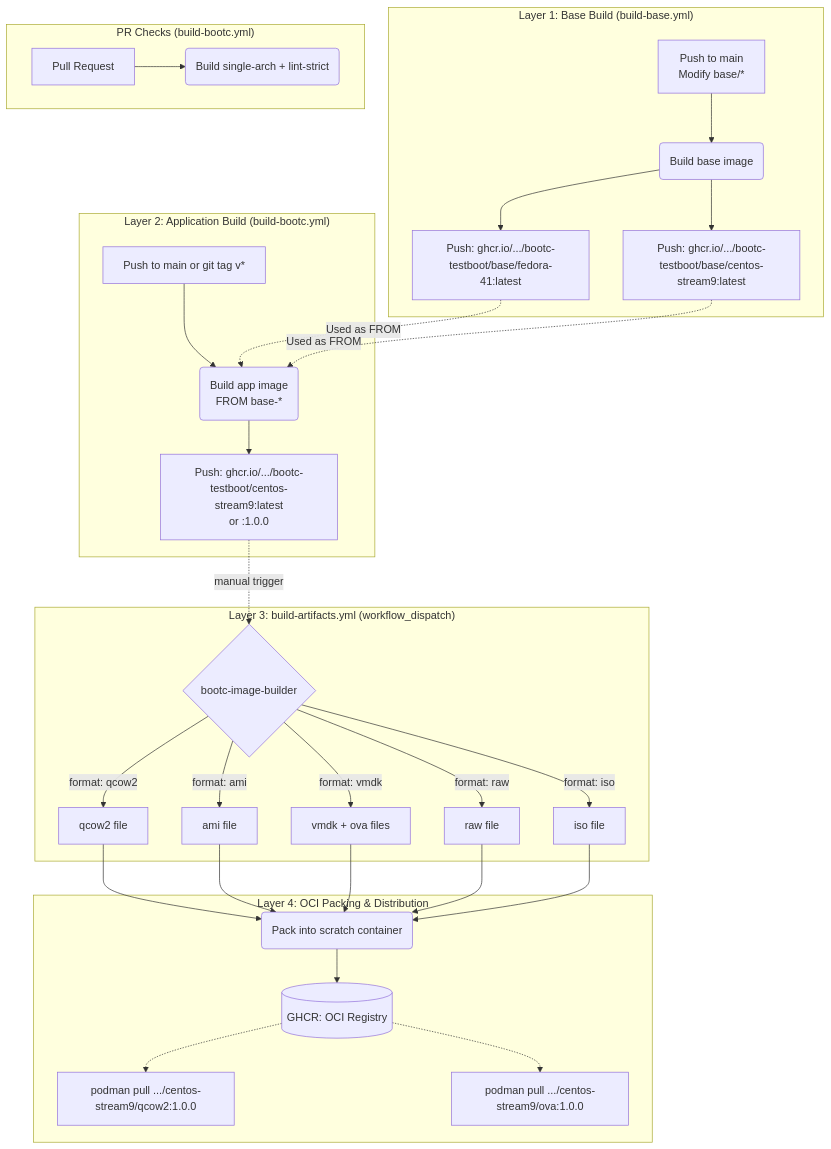
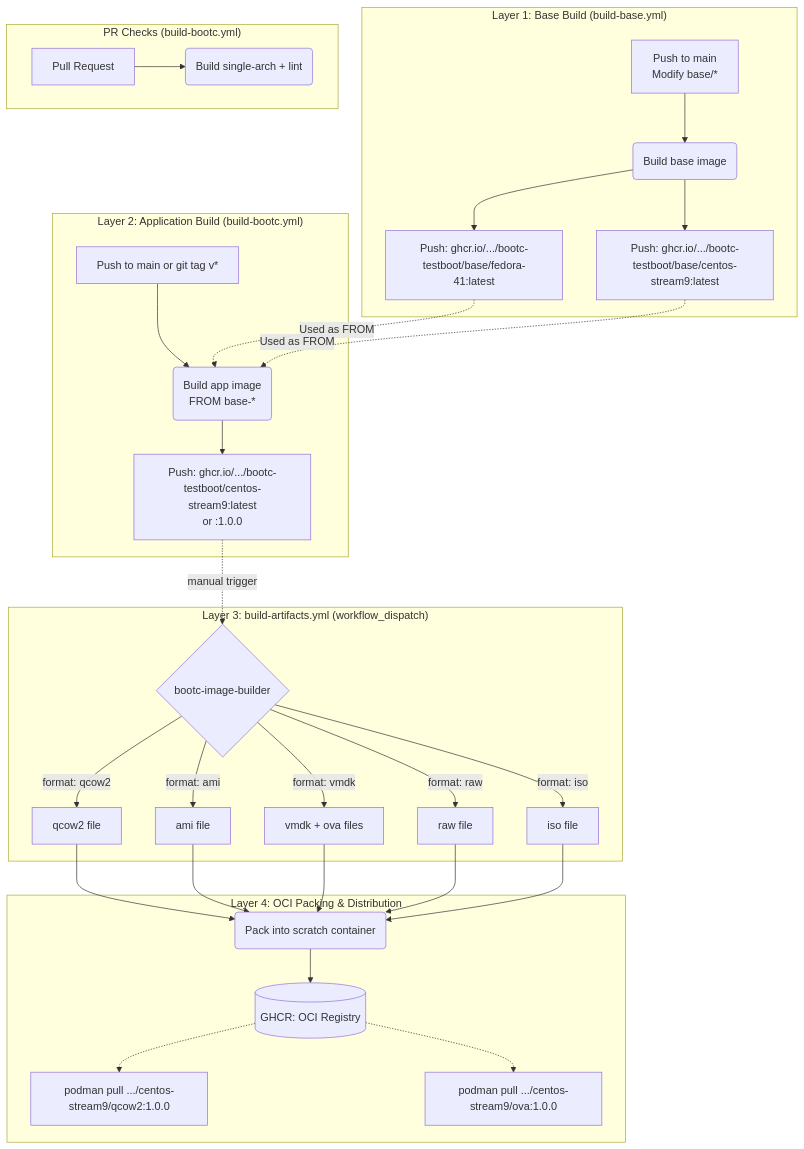
One commit to duyhenryer/bootc-testboot changed the second of 2 diagrams in README.md. Above: the diagram before and after it, drawn with Mermaid. The commit also changed other lines of this file and 17 other files, not shown here.

````diff
--- a/README.md
+++ b/README.md
@@ -110,41 +115,41 @@
 ```mermaid
 graph TD
     subgraph L1["Layer 1: Base Build (build-base.yml)"]
         A[Push to main<br>Modify base/*] --> B(Build base image)
         B --> C[Push: ghcr.io/.../bootc-testboot/base/fedora-41:latest]
         B --> D[Push: ghcr.io/.../bootc-testboot/base/centos-stream9:latest]
     end
 
     subgraph L2["Layer 2: Application Build (build-bootc.yml)"]
         E[Push to main or git tag v*] --> F(Build app image<br>FROM base-*)
         F --> G["Push: ghcr.io/.../bootc-testboot/centos-stream9:latest\nor :1.0.0"]
     end
 
     subgraph PR["PR Checks (build-bootc.yml)"]
-        PR1[Pull Request] --> PR2(Build single-arch + lint-strict)
+        PR1[Pull Request] --> PR2(Build single-arch + lint)
     end
 
     subgraph L3["Layer 3: build-artifacts.yml (workflow_dispatch)"]
         G -. manual trigger .-> H{bootc-image-builder}
         H -->|format: qcow2| I[qcow2 file]
         H -->|format: ami| J[ami file]
         H -->|format: vmdk| K[vmdk + ova files]
         H -->|format: raw| L[raw file]
         H -->|format: iso| M[iso file]
     end
 
     subgraph L4["Layer 4: OCI Packing & Distribution"]
         I --> N(Pack into scratch container)
         J --> N
         K --> N
         L --> N
         M --> N
         N --> O[(GHCR: OCI Registry)]
 
         O -.-> P["podman pull .../centos-stream9/qcow2:1.0.0"]
         O -.-> Q["podman pull .../centos-stream9/ova:1.0.0"]
     end
 
     C -.->|Used as FROM| F
     D -.->|Used as FROM| F
 ```
````
